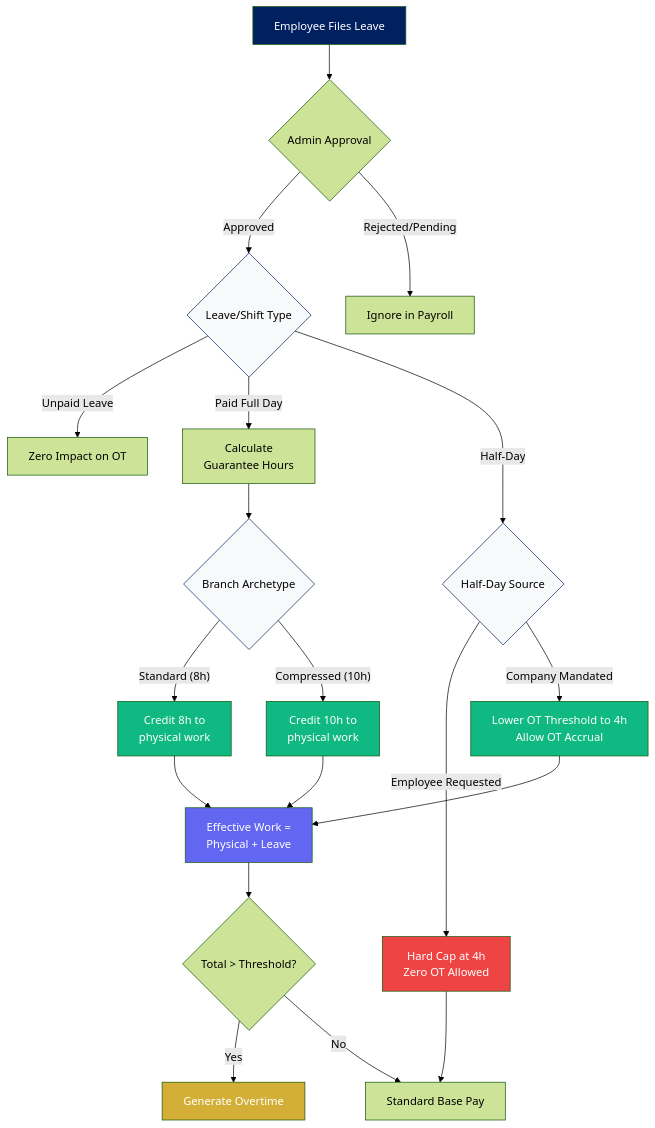
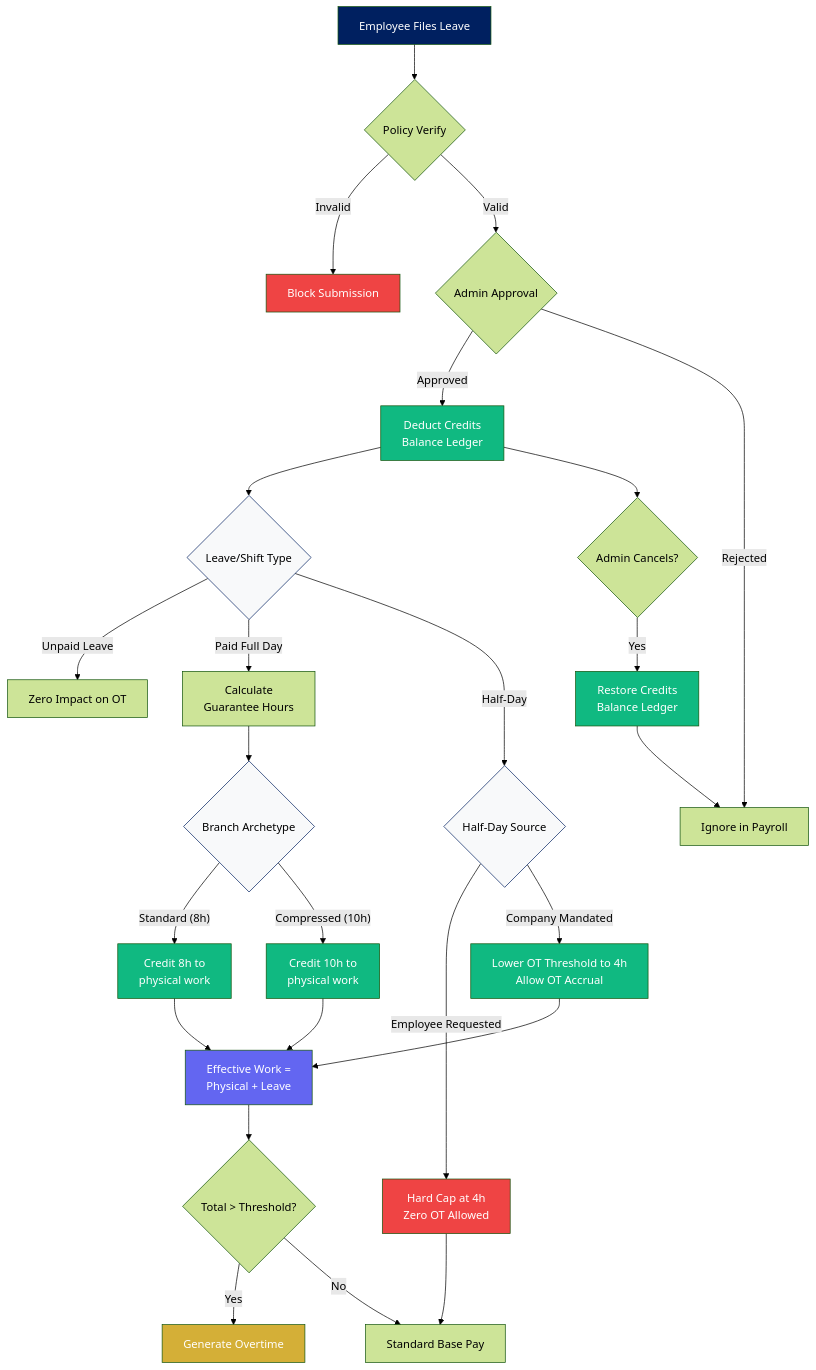
Before and after one commit to binssente-crypto/PAYROLL-DOCUMENTATION: the ninth of 19 diagrams in README.md, drawn with Mermaid (forest theme). The commit also changed other lines of this file, not shown here.

````diff
--- a/README.md
+++ b/README.md
@@ -302,38 +306,51 @@
 ```mermaid
 flowchart TD
-    FILE[Employee Files Leave] --> APPROVAL{Admin Approval}
-    APPROVAL -- "Approved" --> TYPE{Leave/Shift Type}
-    APPROVAL -- "Rejected/Pending" --> IGNORE[Ignore in Payroll]
+    FILE[Employee Files Leave] --> POLICY{Policy Verify}
+    POLICY -- "Invalid" --> REJECT_UI[Block Submission]
+    POLICY -- "Valid" --> APPROVAL{Admin Approval}
+    
+    APPROVAL -- "Approved" --> DEDUCT["Deduct Credits<br/>Balance Ledger"]
+    DEDUCT --> TYPE{Leave/Shift Type}
+    
+    APPROVAL -- "Rejected" --> IGNORE[Ignore in Payroll]
     
     TYPE -- "Unpaid Leave" --> NO_OT[Zero Impact on OT]
     TYPE -- "Paid Full Day" --> HOURS["Calculate<br/>Guarantee Hours"]
     TYPE -- "Half-Day" --> HALF{Half-Day Source}
     
     HOURS --> ARCH{Branch Archetype}
     ARCH -- "Standard (8h)" --> CRED_8["Credit 8h to<br/>physical work"]
     ARCH -- "Compressed (10h)" --> CRED_10["Credit 10h to<br/>physical work"]
     
     CRED_8 --> CALC["Effective Work =<br/>Physical + Leave"]
     CRED_10 --> CALC
     
     HALF -- "Employee Requested" --> CAP["Hard Cap at 4h<br/>Zero OT Allowed"]
     HALF -- "Company Mandated" --> LOWER["Lower OT Threshold to 4h<br/>Allow OT Accrual"]
     
     LOWER --> CALC
     CAP --> BASE[Standard Base Pay]
 
     CALC --> OT_THRESH{Total > Threshold?}
     OT_THRESH -- "Yes" --> OT_GEN[Generate Overtime]
     OT_THRESH -- "No" --> BASE
     
+    CANCEL{Admin Cancels?}
+    DEDUCT --> CANCEL
+    CANCEL -- "Yes" --> RESTORE["Restore Credits<br/>Balance Ledger"]
+    RESTORE --> IGNORE
+
     style FILE fill:#002060,color:#fff
+    style REJECT_UI fill:#ef4444,color:#fff
+    style DEDUCT fill:#10b981,color:#fff
+    style RESTORE fill:#10b981,color:#fff
     style TYPE fill:#f8f9fa,stroke:#002060
     style ARCH fill:#f8f9fa,stroke:#002060
     style HALF fill:#f8f9fa,stroke:#002060
     style CAP fill:#ef4444,color:#fff
     style LOWER fill:#10b981,color:#fff
     style CRED_8 fill:#10b981,color:#fff
     style CRED_10 fill:#10b981,color:#fff
     style CALC fill:#6366f1,color:#fff
     style OT_GEN fill:#D4AF37,color:#fff
 ```
````
